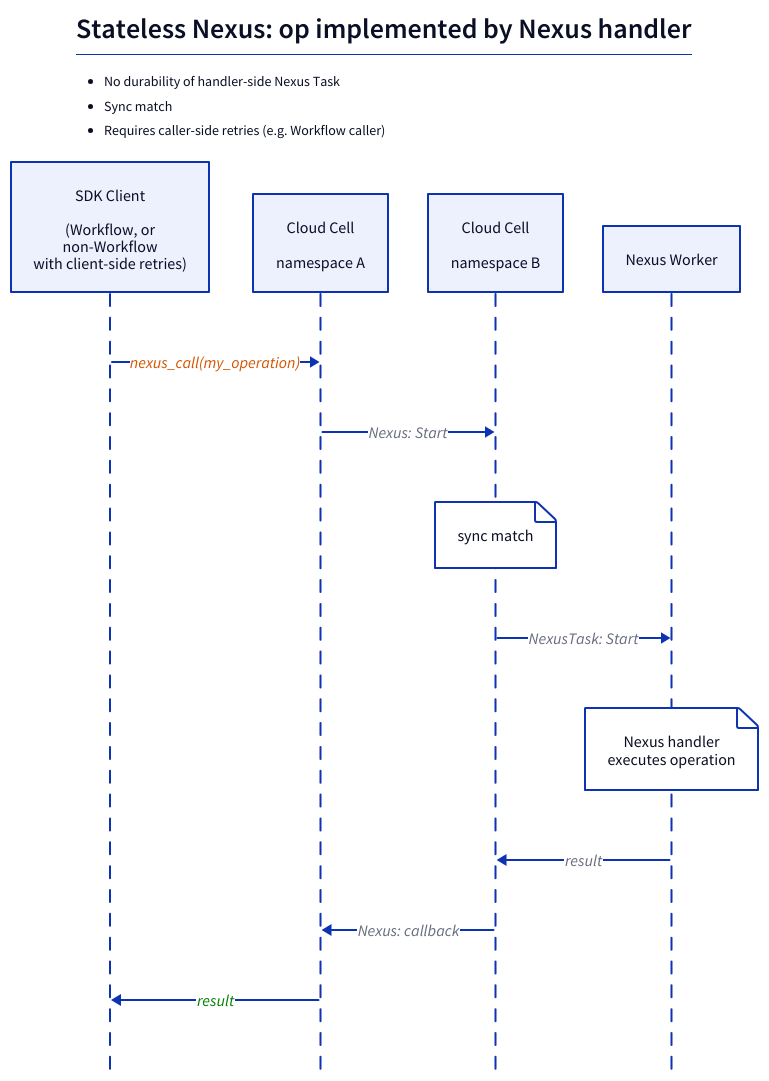
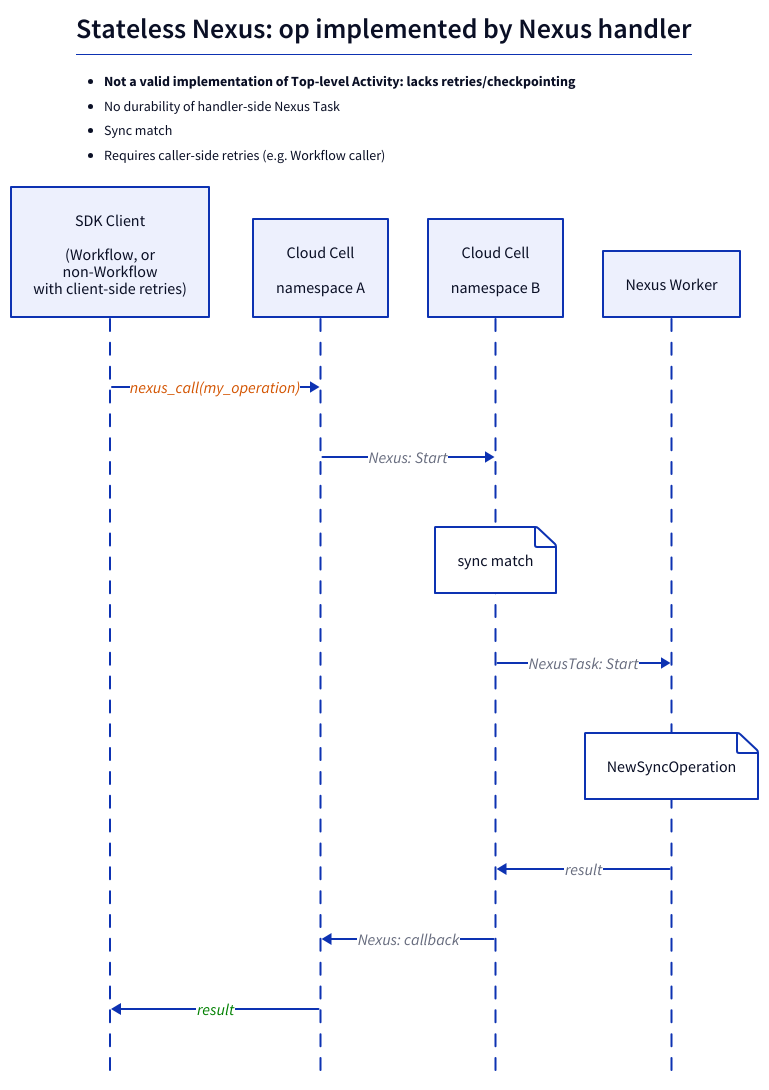
Before and after one commit to dandavison/temporalio-notes: the diagram in diagrams/nexus-1-stateless-op-backed-by-handler.d2, drawn with D2. The commit also changed 7 other files, not shown here.

```diff
--- a/diagrams/nexus-1-stateless-op-backed-by-handler.d2
+++ b/diagrams/nexus-1-stateless-op-backed-by-handler.d2
@@ -1,44 +1,45 @@
 shape: sequence_diagram
 
 direction: down
 
 explanation: |md
   # Stateless Nexus: op implemented by Nexus handler
+  - **Not a valid implementation of Top-level Activity: lacks retries/checkpointing**
   - No durability of handler-side Nexus Task
   - Sync match
   - Requires caller-side retries (e.g. Workflow caller)
 | {
   near: top-center
   style.font-size: 14
 }
 
 CA: {
   label: "SDK Client\n\n(Workflow, or\nnon-Workflow\nwith client-side retries)"
 }
 
 SA: {
   label: "Cloud Cell\n\nnamespace A"
 }
 
 SB: {
   label: "Cloud Cell\n\nnamespace B"
 }
 
 NWB: {
   label: "Nexus Worker"
 }
 
 CA -> SA: nexus_call(my_operation) {
   style.font-color: "#D35400"
 }
 SA -> SB: Nexus: Start
 SB.note: sync match
 
 SB -> NWB: NexusTask: Start
-NWB.note: "Nexus handler\nexecutes operation"
+NWB.note: "NewSyncOperation"
 NWB -> SB: result
 
 SB -> SA: Nexus: callback
 SA -> CA: result {
   style.font-color: "green"
 }
```
